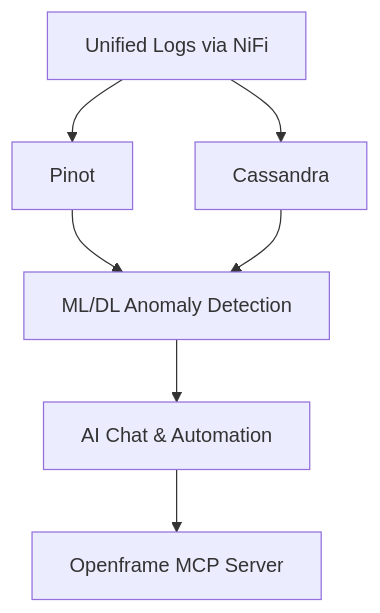
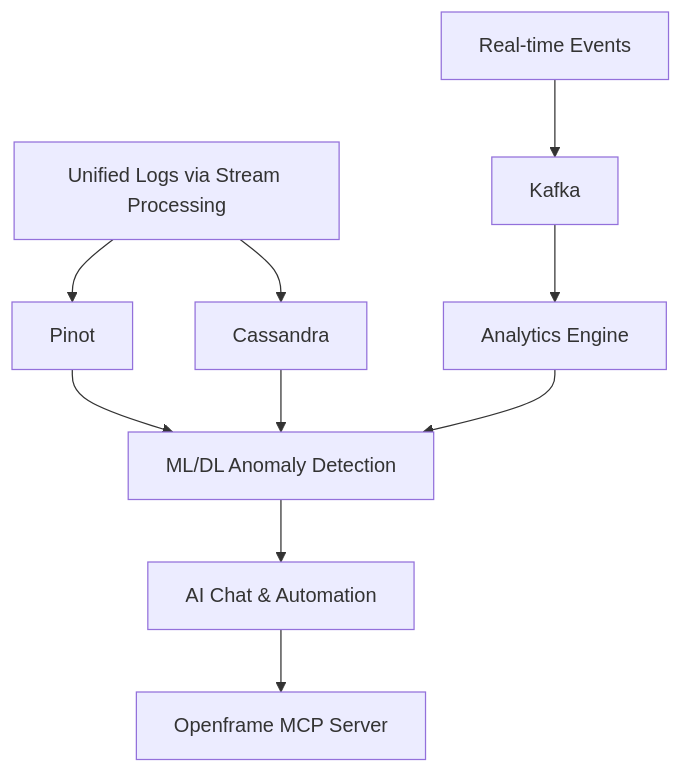
The fifth of 7 diagrams in docs/README.md (flamingo-stack/openframe-oss-tenant), drawn with Mermaid before and after one commit. The commit also changed other lines of this file and 7 other files, not shown here.

First line of the commit message:
Update architecture diagrams and remove outdated NiFi references

````diff
--- a/docs/README.md
+++ b/docs/README.md
@@ -92,9 +96,12 @@
 ```mermaid
 graph TD
-    Logs[Unified Logs via NiFi] --> Pinot
+    Logs[Unified Logs via Stream Processing] --> Pinot
     Logs --> Cassandra
+    Events[Real-time Events] --> Kafka
+    Kafka --> Analytics[Analytics Engine]
     Pinot --> ML[ML/DL Anomaly Detection]
     Cassandra --> ML
+    Analytics --> ML
     ML --> AI_Chat[AI Chat & Automation]
     AI_Chat --> Openframe_MCP[Openframe MCP Server]
 ```
````
